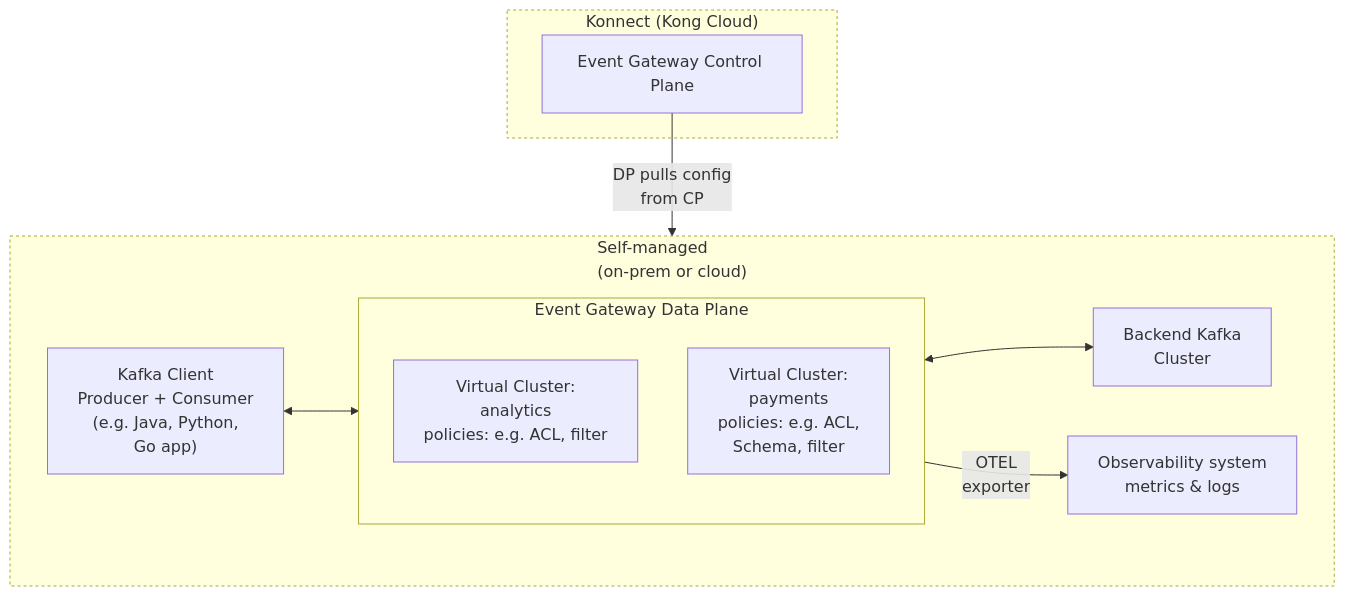
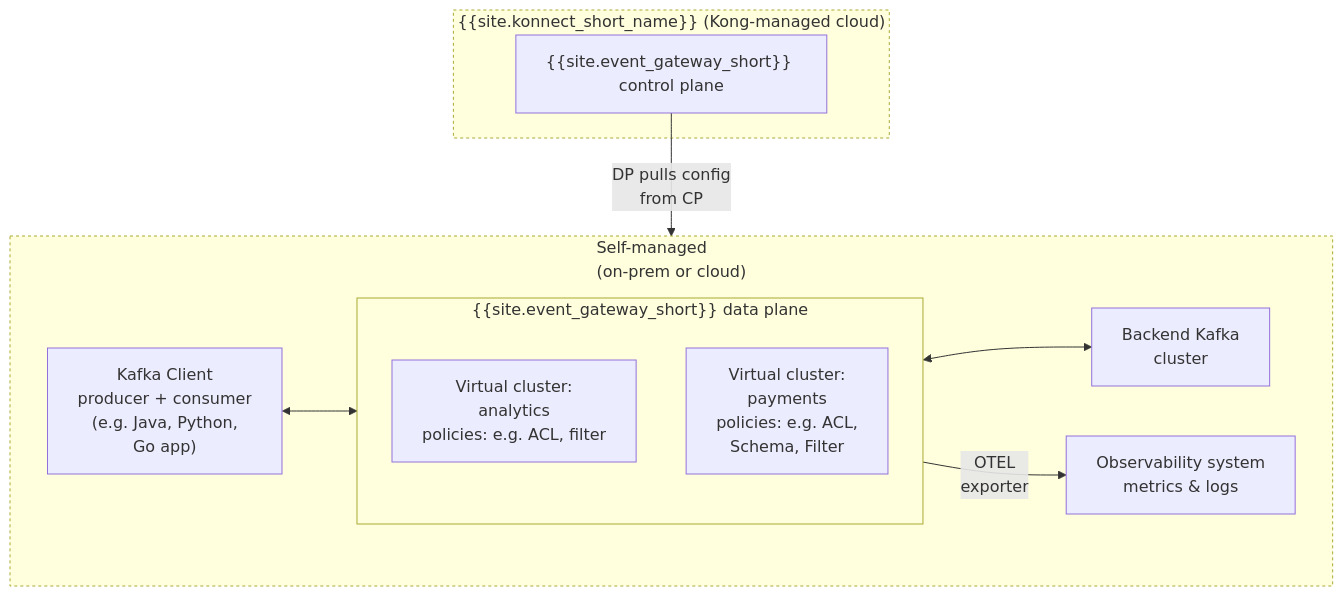
One commit to Kong/developer.konghq.com changed the diagram in app/event-gateway/architecture.md. Above: the diagram before and after it, drawn with Mermaid. The commit also changed 1 other file, not shown here.

Commit message:
clean up

```diff
--- a/app/event-gateway/architecture.md
+++ b/app/event-gateway/architecture.md
@@ -60,30 +60,30 @@
 {% mermaid %}
 
 flowchart TB
 
-subgraph Konnect ["Konnect (Kong Cloud)"]
+subgraph Konnect ["{{site.konnect_short_name}} (Kong-managed cloud)"]
 
-  CP["Event Gateway Control Plane"]
+  CP["{{site.event_gateway_short}} control plane"]
 end
 
 CP--DP pulls config<br/>from CP-->Customer
 
 subgraph Customer ["Self-managed<br>(on-prem or cloud)"]
   direction LR
-   KafkaClient["Kafka Client<br/>Producer + Consumer<br/>(e.g. Java, Python,<br/> Go app)"]
-   subgraph EGW ["Event Gateway Data Plane"]
-      Analytics["Virtual Cluster: <br/>analytics<br/>policies: e.g. ACL, filter"]
-      Payments["Virtual Cluster: <br/>payments<br/>policies: e.g. ACL,<br> Schema, filter"]
+   KafkaClient["Kafka Client<br/>producer + consumer<br/>(e.g. Java, Python,<br/> Go app)"]
+   subgraph EGW ["{{site.event_gateway_short}} data plane"]
+      Analytics["Virtual cluster: <br/>analytics<br/>policies: e.g. ACL, filter"]
+      Payments["Virtual cluster: <br/>payments<br/>policies: e.g. ACL,<br> Schema, Filter"]
    end
 
-   BackendKafka["Backend Kafka<br/>Cluster"]
+   BackendKafka["Backend Kafka<br/>cluster"]
    KafkaClient<-->EGW<-->BackendKafka
 
    OB["Observability system<br/>metrics & logs"]
    EGW--OTEL<br/>exporter-->OB
 end
 
 style Konnect stroke-dasharray:3
 style Customer stroke-dasharray:3
 
 {% endmermaid %}
```
